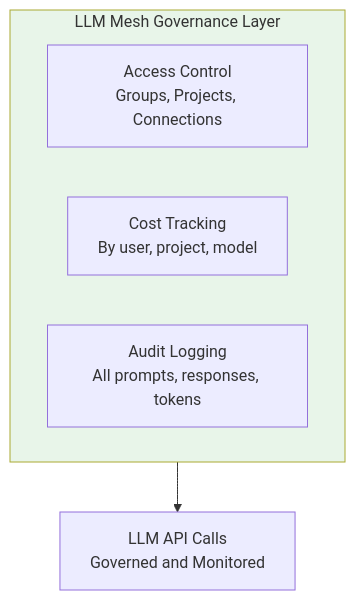
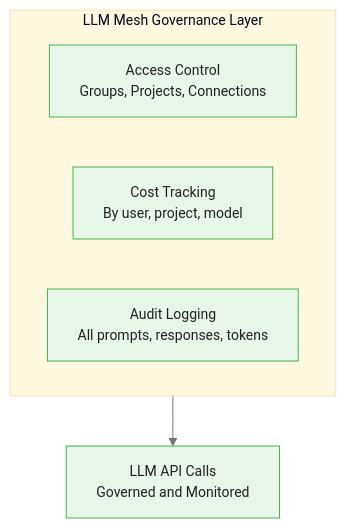
One commit to m-deane/course-creator changed the first of 3 diagrams in courses/dataiku-genai/modules/module_00_llm_mesh/guides/03_governance_slides.md. Above: the diagram before and after it, drawn with Mermaid. The commit also changed other lines of this file and 54 other files, not shown here.

````diff
--- a/courses/dataiku-genai/modules/module_00_llm_mesh/guides/03_governance_slides.md
+++ b/courses/dataiku-genai/modules/module_00_llm_mesh/guides/03_governance_slides.md
@@ -49,12 +49,11 @@
 ```mermaid
+%%{init: {"theme": "base", "themeVariables": {"primaryColor": "#e8f5e9", "primaryBorderColor": "#4caf50", "primaryTextColor": "#212121", "secondaryColor": "#e3f2fd", "tertiaryColor": "#fff8e1", "lineColor": "#757575", "fontFamily": "Inter, sans-serif", "fontSize": "14px"}}}%%
 graph TB
     subgraph GOV[LLM Mesh Governance Layer]
         AC[Access Control<br/>Groups, Projects, Connections]
         CT[Cost Tracking<br/>By user, project, model]
         AL[Audit Logging<br/>All prompts, responses, tokens]
     end
 
     GOV --> API[LLM API Calls<br/>Governed and Monitored]
-
-    style GOV fill:#e8f5e9
 ```
````
